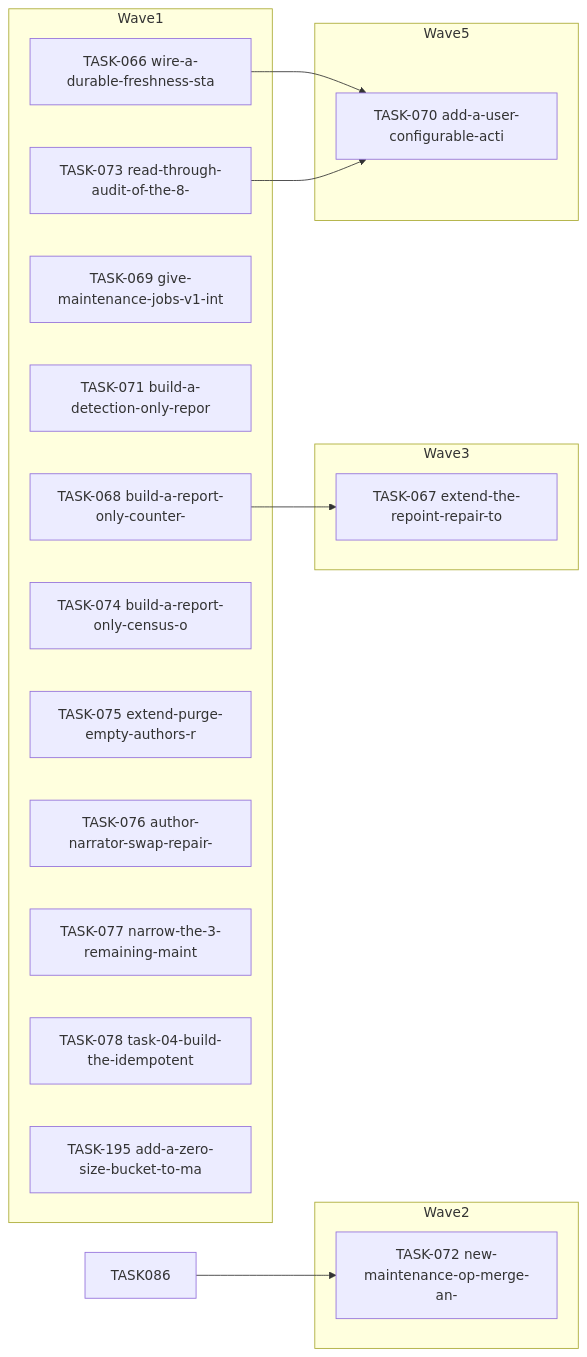
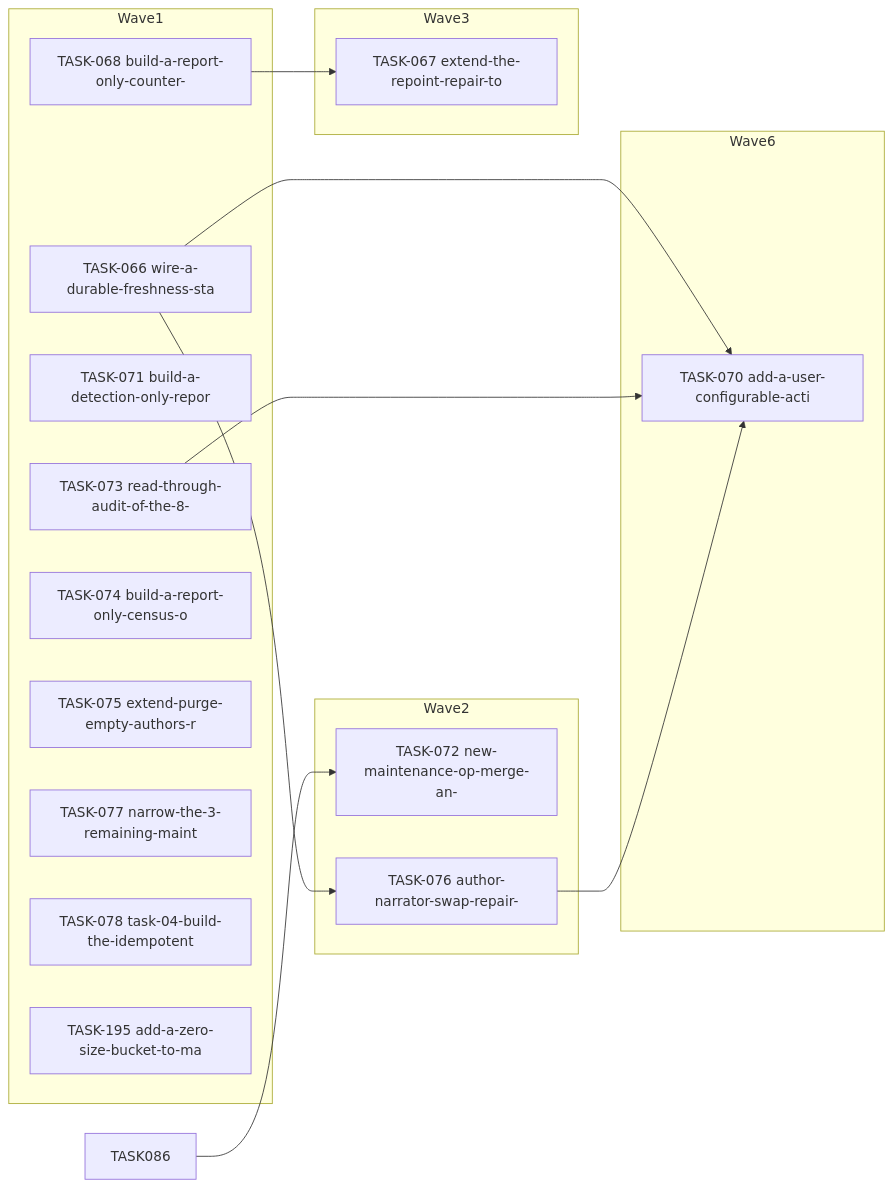
The diagram in docs/agent-tasks/todo-completion/maintenance/orchestration.md (falkcorp/audiobook-organizer), drawn with Mermaid before and after one commit. The commit also changed other lines of this file and 325 other files, not shown here.

````diff
--- a/docs/agent-tasks/todo-completion/maintenance/orchestration.md
+++ b/docs/agent-tasks/todo-completion/maintenance/orchestration.md
@@ -12,29 +12,30 @@
 ```mermaid
 flowchart LR
     subgraph Wave1
       TASK066[TASK-066 wire-a-durable-freshness-sta]
       TASK068[TASK-068 build-a-report-only-counter-]
-      TASK069[TASK-069 give-maintenance-jobs-v1-int]
       TASK071[TASK-071 build-a-detection-only-repor]
       TASK073[TASK-073 read-through-audit-of-the-8-]
       TASK074[TASK-074 build-a-report-only-census-o]
       TASK075[TASK-075 extend-purge-empty-authors-r]
-      TASK076[TASK-076 author-narrator-swap-repair-]
       TASK077[TASK-077 narrow-the-3-remaining-maint]
       TASK078[TASK-078 task-04-build-the-idempotent]
       TASK195[TASK-195 add-a-zero-size-bucket-to-ma]
     end
     subgraph Wave2
       TASK072[TASK-072 new-maintenance-op-merge-an-]
+      TASK076[TASK-076 author-narrator-swap-repair-]
     end
     subgraph Wave3
       TASK067[TASK-067 extend-the-repoint-repair-to]
     end
-    subgraph Wave5
+    subgraph Wave6
       TASK070[TASK-070 add-a-user-configurable-acti]
     end
     TASK066 --> TASK070
+    TASK066 --> TASK076
     TASK068 --> TASK067
     TASK073 --> TASK070
+    TASK076 --> TASK070
     TASK086 --> TASK072
 ```
````
